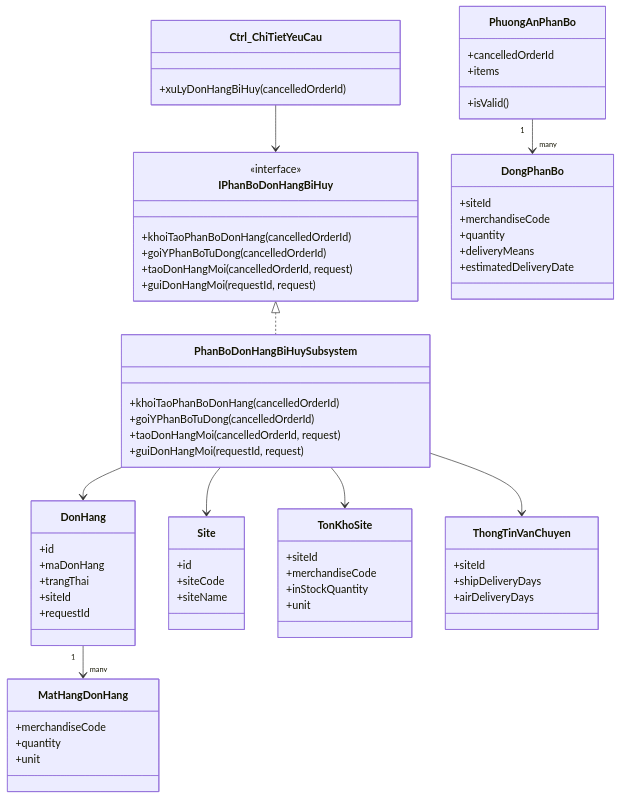
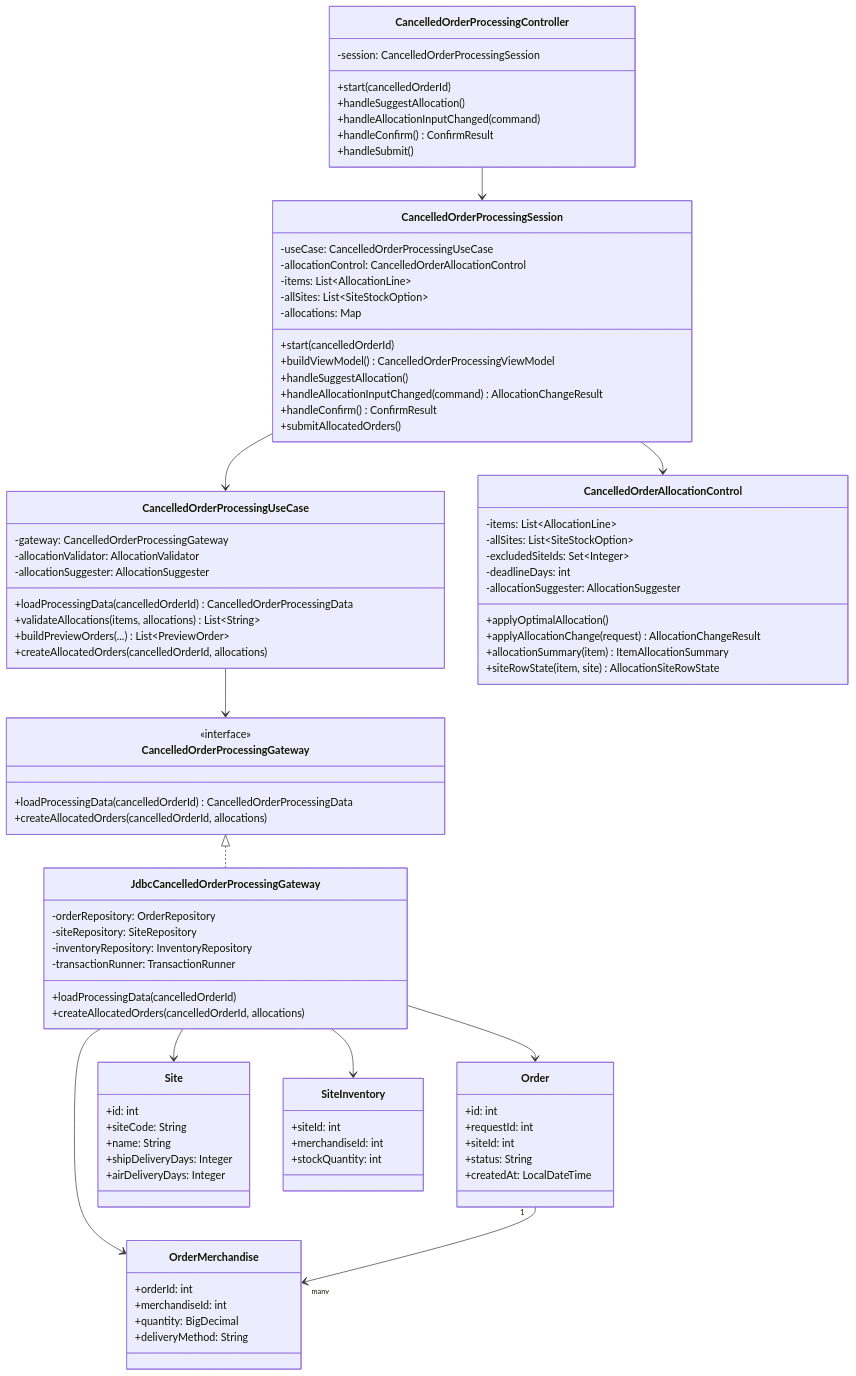
The second of 6 diagrams in usecase_xu_ly_don_hang_bi_huy.md (NeoCyber05/PRJ_ITSS), drawn with Mermaid before and after one commit. The commit also changed other lines of this file and 26 other files, not shown here.

````diff
--- a/usecase_xu_ly_don_hang_bi_huy.md
+++ b/usecase_xu_ly_don_hang_bi_huy.md
@@ -352,77 +315,102 @@
 ```mermaid
 classDiagram
-    class Ctrl_ChiTietYeuCau {
-        +xuLyDonHangBiHuy(cancelledOrderId)
+    class CancelledOrderProcessingController {
+        -session: CancelledOrderProcessingSession
+        +start(cancelledOrderId)
+        +handleSuggestAllocation()
+        +handleAllocationInputChanged(command)
+        +handleConfirm() ConfirmResult
+        +handleSubmit()
     }
 
-    class IPhanBoDonHangBiHuy {
-        <<interface>>
-        +khoiTaoPhanBoDonHang(cancelledOrderId)
-        +goiYPhanBoTuDong(cancelledOrderId)
-        +taoDonHangMoi(cancelledOrderId, request)
-        +guiDonHangMoi(requestId, request)
+    class CancelledOrderProcessingSession {
+        -useCase: CancelledOrderProcessingUseCase
+        -allocationControl: CancelledOrderAllocationControl
+        -items: List~AllocationLine~
+        -allSites: List~SiteStockOption~
+        -allocations: Map
+        +start(cancelledOrderId)
+        +buildViewModel() CancelledOrderProcessingViewModel
+        +handleSuggestAllocation()
+        +handleAllocationInputChanged(command) AllocationChangeResult
+        +handleConfirm() ConfirmResult
+        +submitAllocatedOrders()
     }
 
-    class PhanBoDonHangBiHuySubsystem {
-        +khoiTaoPhanBoDonHang(cancelledOrderId)
-        +goiYPhanBoTuDong(cancelledOrderId)
-        +taoDonHangMoi(cancelledOrderId, request)
-        +guiDonHangMoi(requestId, request)
+    class CancelledOrderProcessingUseCase {
+        -gateway: CancelledOrderProcessingGateway
+        -allocationValidator: AllocationValidator
+        -allocationSuggester: AllocationSuggester
+        +loadProcessingData(cancelledOrderId) CancelledOrderProcessingData
+        +validateAllocations(items, allocations) List~String~
+        +buildPreviewOrders(...) List~PreviewOrder~
+        +createAllocatedOrders(cancelledOrderId, allocations)
     }
 
-    class DonHang {
-        +id
-        +maDonHang
-        +trangThai
-        +siteId
-        +requestId
+    class CancelledOrderProcessingGateway {
+        <<interface>>
+        +loadProcessingData(cancelledOrderId) CancelledOrderProcessingData
+        +createAllocatedOrders(cancelledOrderId, allocations)
     }
 
-    class MatHangDonHang {
-        +merchandiseCode
-        +quantity
-        +unit
+    class JdbcCancelledOrderProcessingGateway {
+        -orderRepository: OrderRepository
+        -siteRepository: SiteRepository
+        -inventoryRepository: InventoryRepository
+        -transactionRunner: TransactionRunner
+        +loadProcessingData(cancelledOrderId)
+        +createAllocatedOrders(cancelledOrderId, allocations)
+    }
+
+    class CancelledOrderAllocationControl {
+        -items: List~AllocationLine~
+        -allSites: List~SiteStockOption~
+        -excludedSiteIds: Set~Integer~
+        -deadlineDays: int
+        -allocationSuggester: AllocationSuggester
+        +applyOptimalAllocation()
+        +applyAllocationChange(request) AllocationChangeResult
+        +allocationSummary(item) ItemAllocationSummary
+        +siteRowState(item, site) AllocationSiteRowState
+    }
+
+    class Order {
+        +id: int
+        +requestId: int
+        +siteId: int
+        +status: String
+        +createdAt: LocalDateTime
+    }
+
+    class OrderMerchandise {
+        +orderId: int
+        +merchandiseId: int
+        +quantity: BigDecimal
+        +deliveryMethod: String
     }
 
     class Site {
-        +id
-        +siteCode
-        +siteName
+        +id: int
+        +siteCode: String
+        +name: String
+        +shipDeliveryDays: Integer
+        +airDeliveryDays: Integer
     }
 
-    class TonKhoSite {
-        +siteId
-        +merchandiseCode
-        +inStockQuantity
-        +unit
+    class SiteInventory {
+        +siteId: int
+        +merchandiseId: int
+        +stockQuantity: int
     }
 
-    class ThongTinVanChuyen {
-        +siteId
-        +shipDeliveryDays
-        +airDeliveryDays
-    }
-
-    class PhuongAnPhanBo {
-        +cancelledOrderId
-        +items
-        +isValid()
-    }
-
-    class DongPhanBo {
-        +siteId
-        +merchandiseCode
-        +quantity
-        +deliveryMeans
-        +estimatedDeliveryDate
-    }
-
-    Ctrl_ChiTietYeuCau --> IPhanBoDonHangBiHuy
-    IPhanBoDonHangBiHuy <|.. PhanBoDonHangBiHuySubsystem
-    PhanBoDonHangBiHuySubsystem --> DonHang
-    PhanBoDonHangBiHuySubsystem --> Site
-    PhanBoDonHangBiHuySubsystem --> TonKhoSite
-    PhanBoDonHangBiHuySubsystem --> ThongTinVanChuyen
-    DonHang "1" --> "many" MatHangDonHang
-    PhuongAnPhanBo "1" --> "many" DongPhanBo
+    CancelledOrderProcessingController --> CancelledOrderProcessingSession
+    CancelledOrderProcessingSession --> CancelledOrderProcessingUseCase
+    CancelledOrderProcessingSession --> CancelledOrderAllocationControl
+    CancelledOrderProcessingUseCase --> CancelledOrderProcessingGateway
+    CancelledOrderProcessingGateway <|.. JdbcCancelledOrderProcessingGateway
+    JdbcCancelledOrderProcessingGateway --> Order
+    JdbcCancelledOrderProcessingGateway --> OrderMerchandise
+    JdbcCancelledOrderProcessingGateway --> Site
+    JdbcCancelledOrderProcessingGateway --> SiteInventory
+    Order "1" --> "many" OrderMerchandise
 ```
````
